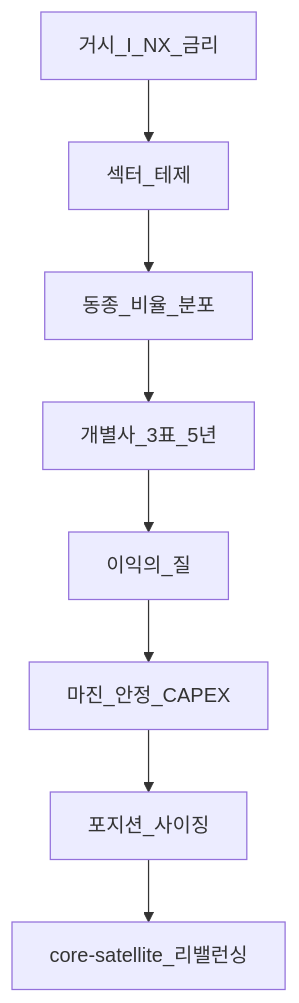
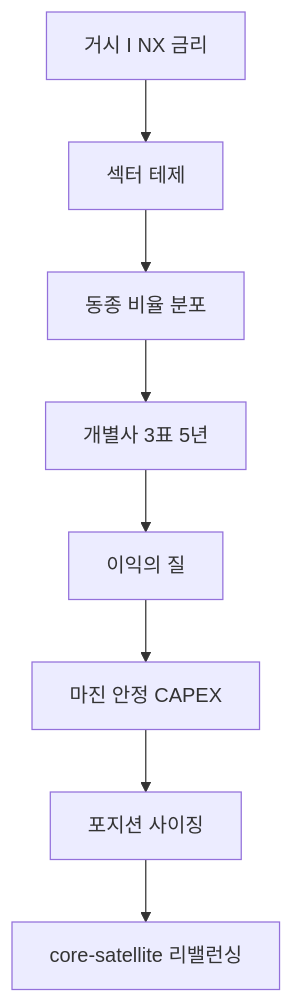
Before and after one commit to goldanghenry/Finances: the third of 3 diagrams in 01-foundations/financial-statements-analysis.md, drawn with Mermaid. The commit also changed other lines of this file and 211 other files, not shown here.

````diff
--- a/01-foundations/financial-statements-analysis.md
+++ b/01-foundations/financial-statements-analysis.md
@@ -170,10 +181,10 @@
 ```mermaid
 flowchart TB
-  Macro[거시_I_NX_금리] --> Sector[섹터_테제]
-  Sector --> Peer[동종_비율_분포]
-  Peer --> Co[개별사_3표_5년]
-  Co --> Q[이익의_질]
-  Q --> Moat[마진_안정_CAPEX]
-  Moat --> Pos[포지션_사이징]
-  Pos --> Port[core-satellite_리밸런싱]
+  Macro["거시 I NX 금리"] --> Sector["섹터 테제"]
+  Sector --> Peer["동종 비율 분포"]
+  Peer --> Co["개별사 3표 5년"]
+  Co --> Q["이익의 질"]
+  Q --> Moat["마진 안정 CAPEX"]
+  Moat --> Pos["포지션 사이징"]
+  Pos --> Port["core-satellite 리밸런싱"]
 ```
````
